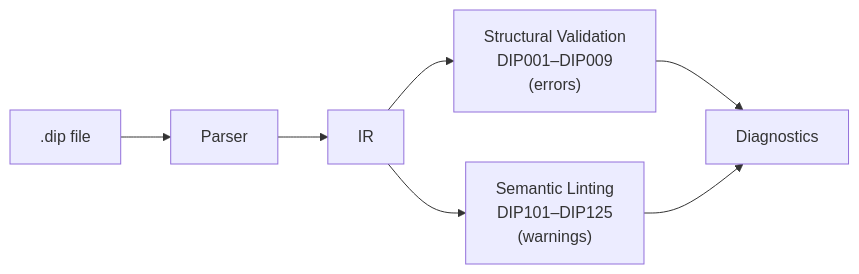
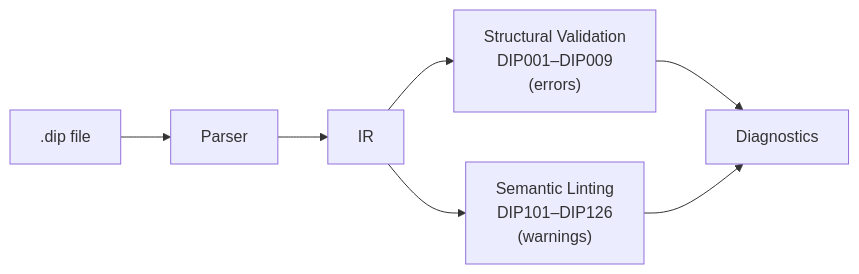
Before and after one commit to michellepellon/dippin-lang: the diagram in docs/validation.md, drawn with Mermaid. The commit also changed other lines of this file and 50 other files, not shown here.

````diff
--- a/docs/validation.md
+++ b/docs/validation.md
@@ -10,9 +10,9 @@
 ```mermaid
 graph LR
     SRC[".dip file"] --> PARSE["Parser"]
     PARSE --> IR["IR"]
     IR --> VAL["Structural Validation<br>DIP001–DIP009<br>(errors)"]
-    IR --> LINT["Semantic Linting<br>DIP101–DIP125<br>(warnings)"]
+    IR --> LINT["Semantic Linting<br>DIP101–DIP126<br>(warnings)"]
     VAL --> DIAG["Diagnostics"]
     LINT --> DIAG
 ```
````
